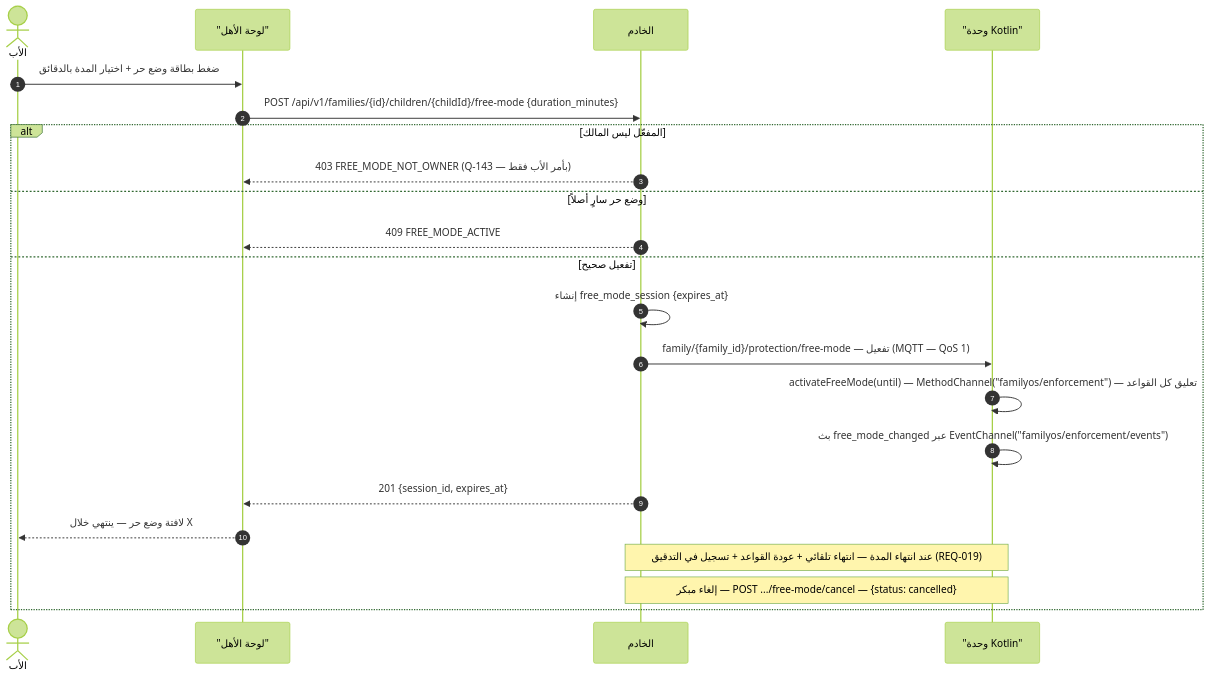
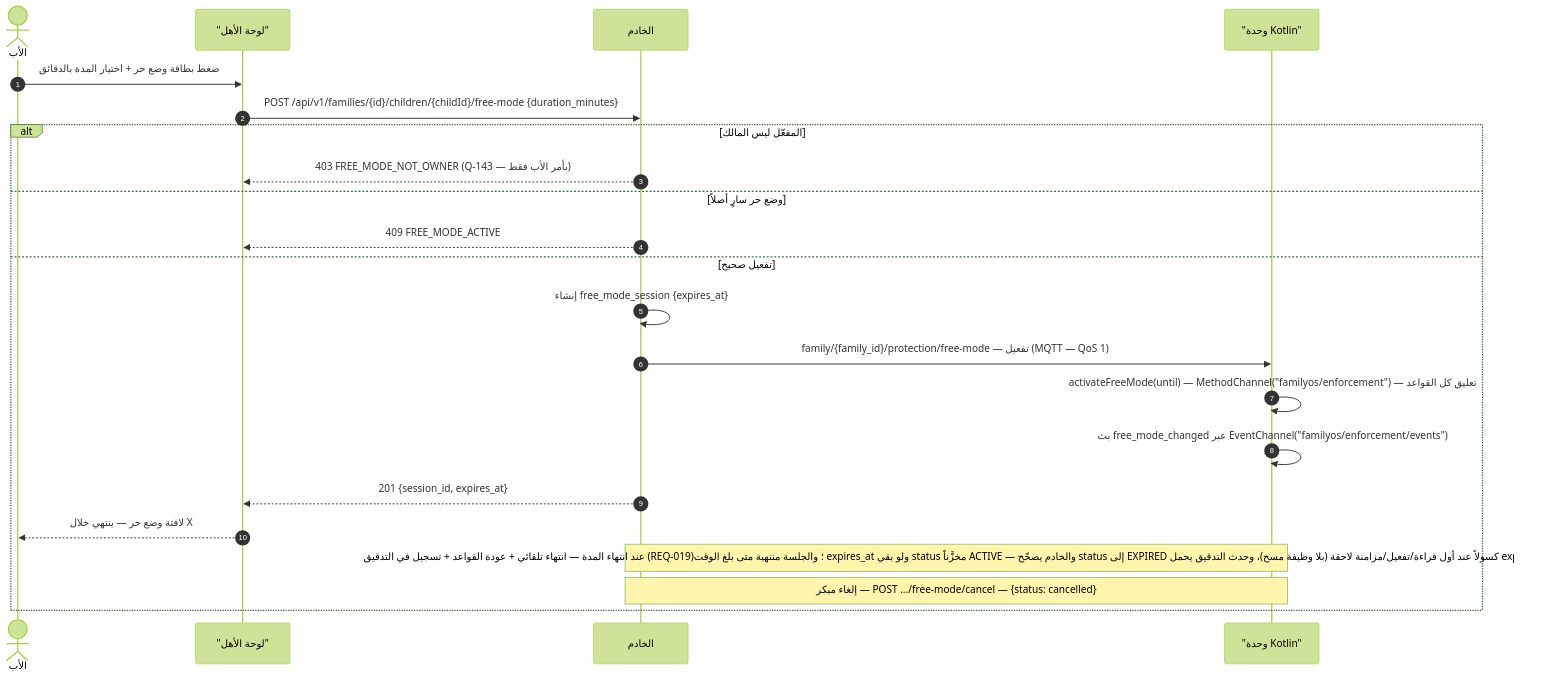
Before and after one commit to Bassam-mohammed-alqaeadi/family-os-v2: the seventh of 14 diagrams in docs/family-os/governance/phases/phase-1/S1-10-protection-and-enforcement/DIAGRAMS.md, drawn with Mermaid (forest theme). The commit also changed other lines of this file and 2 other files, not shown here.

Commit message:
B3: S1-09+S1-10 — متطلبات وقواعد عمل (9 بنود)

````diff
--- a/docs/family-os/governance/phases/phase-1/S1-10-protection-and-enforcement/DIAGRAMS.md
+++ b/docs/family-os/governance/phases/phase-1/S1-10-protection-and-enforcement/DIAGRAMS.md
@@ -318,24 +318,24 @@
 ```mermaid
 sequenceDiagram
     autonumber
     actor Father as الأب
     participant Flutter as "لوحة الأهل"
     participant Ktor as الخادم
     participant K as "وحدة Kotlin"
     Father->>Flutter: ضغط بطاقة وضع حر + اختيار المدة بالدقائق
     Flutter->>Ktor: POST /api/v1/families/{id}/children/{childId}/free-mode {duration_minutes}
     alt المفعّل ليس المالك
         Ktor-->>Flutter: 403 FREE_MODE_NOT_OWNER (Q-143 — بأمر الأب فقط)
     else وضع حر سارٍ أصلاً
         Ktor-->>Flutter: 409 FREE_MODE_ACTIVE
     else تفعيل صحيح
         Ktor->>Ktor: إنشاء free_mode_session {expires_at}
         Ktor->>K: family/{family_id}/protection/free-mode — تفعيل (MQTT — QoS 1)
         K->>K: activateFreeMode(until) — MethodChannel("familyos/enforcement") — تعليق كل القواعد
         K->>K: بث free_mode_changed عبر EventChannel("familyos/enforcement/events")
         Ktor-->>Flutter: 201 {session_id, expires_at}
         Flutter-->>Father: لافتة وضع حر — ينتهي خلال X
-        Note over Ktor,K: عند انتهاء المدة — انتهاء تلقائي + عودة القواعد + تسجيل في التدقيق (REQ-019)
+        Note over Ktor,K: عند انتهاء المدة — انتهاء تلقائي + عودة القواعد + تسجيل في التدقيق (REQ-019)؛ والجلسة منتهية متى بلغ الوقت expires_at ولو بقي status مخزَّناً ACTIVE — والخادم يصحّح status إلى EXPIRED كسولاً عند أول قراءة/تفعيل/مزامنة لاحقة (بلا وظيفة مسح)، وحدث التدقيق يحمل expires_at
         Note over Ktor,K: إلغاء مبكر — POST .../free-mode/cancel — {status: cancelled}
     end
 ```
````
